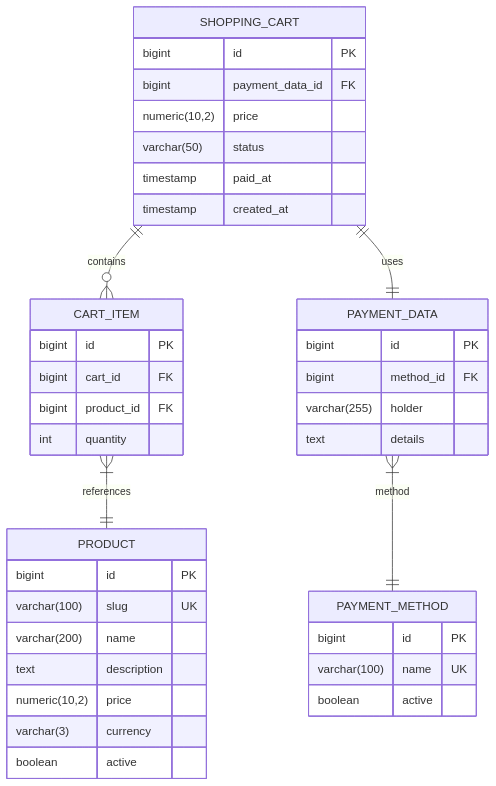
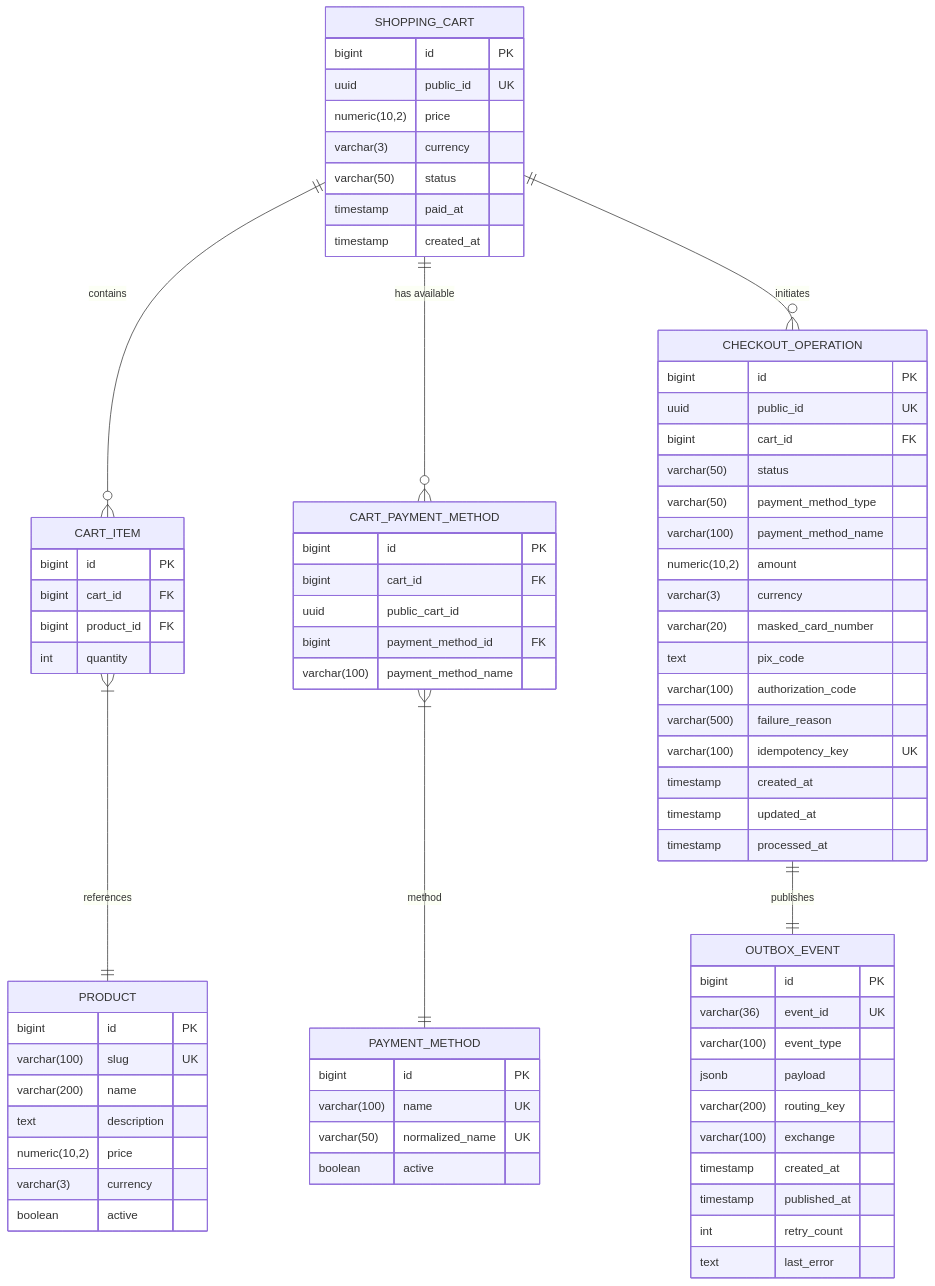
Before and after one commit to DavidBNeto/checkout-bff: the first of 2 diagrams in docs/specs/technical/database.md, drawn with Mermaid. The commit also changed other lines of this file and 202 other files, not shown here.

````diff
--- a/docs/specs/technical/database.md
+++ b/docs/specs/technical/database.md
@@ -18,14 +26,17 @@
 ```mermaid
 erDiagram
     SHOPPING_CART ||--o{ CART_ITEM : contains
-    SHOPPING_CART ||--|| PAYMENT_DATA : uses
-    PAYMENT_DATA }|--|| PAYMENT_METHOD : "method"
+    SHOPPING_CART ||--o{ CART_PAYMENT_METHOD : "has available"
+    CART_PAYMENT_METHOD }|--|| PAYMENT_METHOD : "method"
     CART_ITEM }|--|| PRODUCT : references
+    SHOPPING_CART ||--o{ CHECKOUT_OPERATION : initiates
+    CHECKOUT_OPERATION ||--|| OUTBOX_EVENT : publishes
     
     SHOPPING_CART {
         bigint id PK
-        bigint payment_data_id FK
+        uuid public_id UK
         numeric(10,2) price
+        varchar(3) currency
         varchar(50) status
         timestamp paid_at
         timestamp created_at
@@ -48,16 +59,50 @@
         boolean active
     }
     
-    PAYMENT_DATA {
-        bigint id PK
-        bigint method_id FK
-        varchar(255) holder
-        text details
-    }
-    
     PAYMENT_METHOD {
         bigint id PK
         varchar(100) name UK
+        varchar(50) normalized_name UK
         boolean active
     }
+    
+    CART_PAYMENT_METHOD {
+        bigint id PK
+        bigint cart_id FK
+        uuid public_cart_id
+        bigint payment_method_id FK
+        varchar(100) payment_method_name
+    }
+    
+    CHECKOUT_OPERATION {
+        bigint id PK
+        uuid public_id UK
+        bigint cart_id FK
+        varchar(50) status
+        varchar(50) payment_method_type
+        varchar(100) payment_method_name
+        numeric(10,2) amount
+        varchar(3) currency
+        varchar(20) masked_card_number
+        text pix_code
+        varchar(100) authorization_code
+        varchar(500) failure_reason
+        varchar(100) idempotency_key UK
+        timestamp created_at
+        timestamp updated_at
+        timestamp processed_at
+    }
+    
+    OUTBOX_EVENT {
+        bigint id PK
+        varchar(36) event_id UK
+        varchar(100) event_type
+        jsonb payload
+        varchar(200) routing_key
+        varchar(100) exchange
+        timestamp created_at
+        timestamp published_at
+        int retry_count
+        text last_error
+    }
 ```
````
